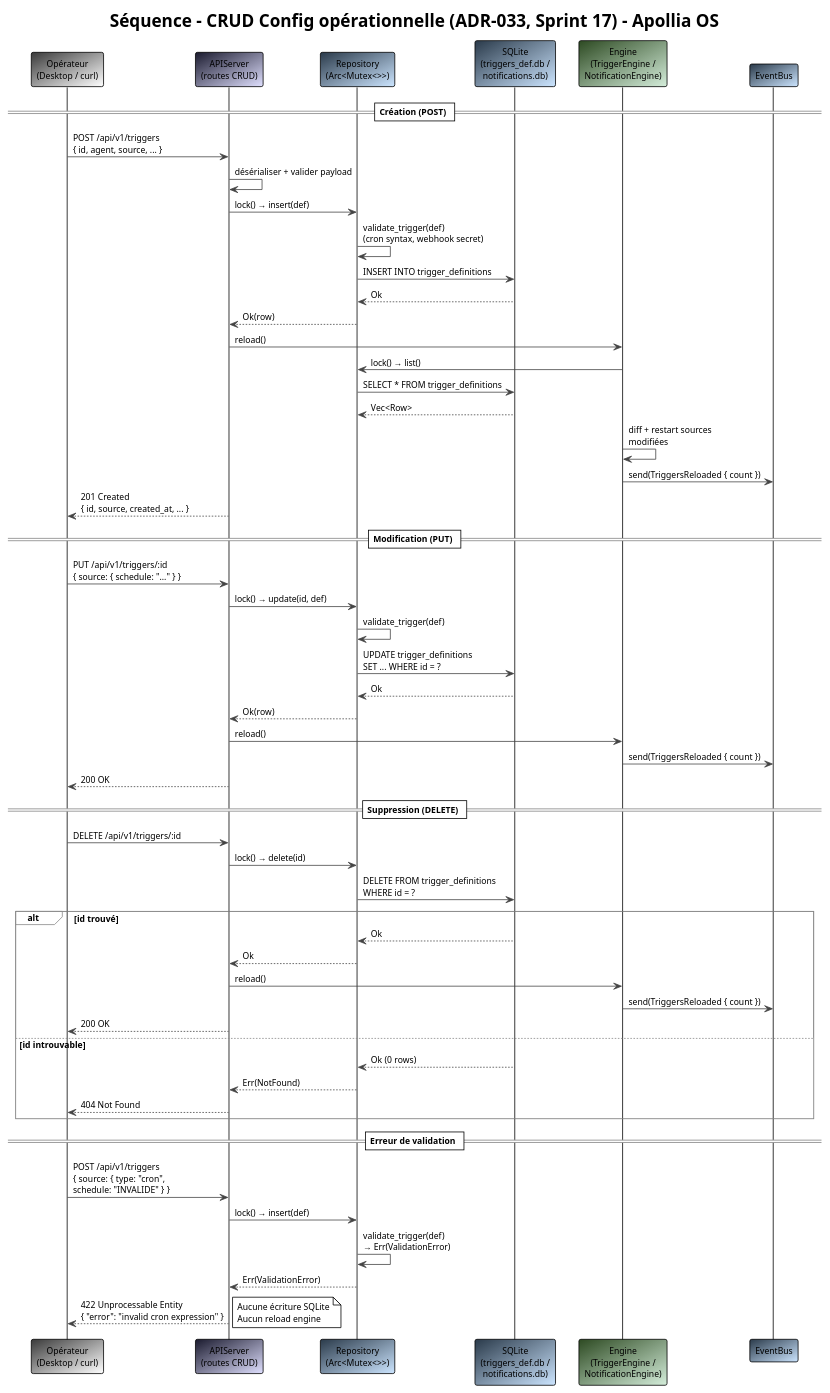
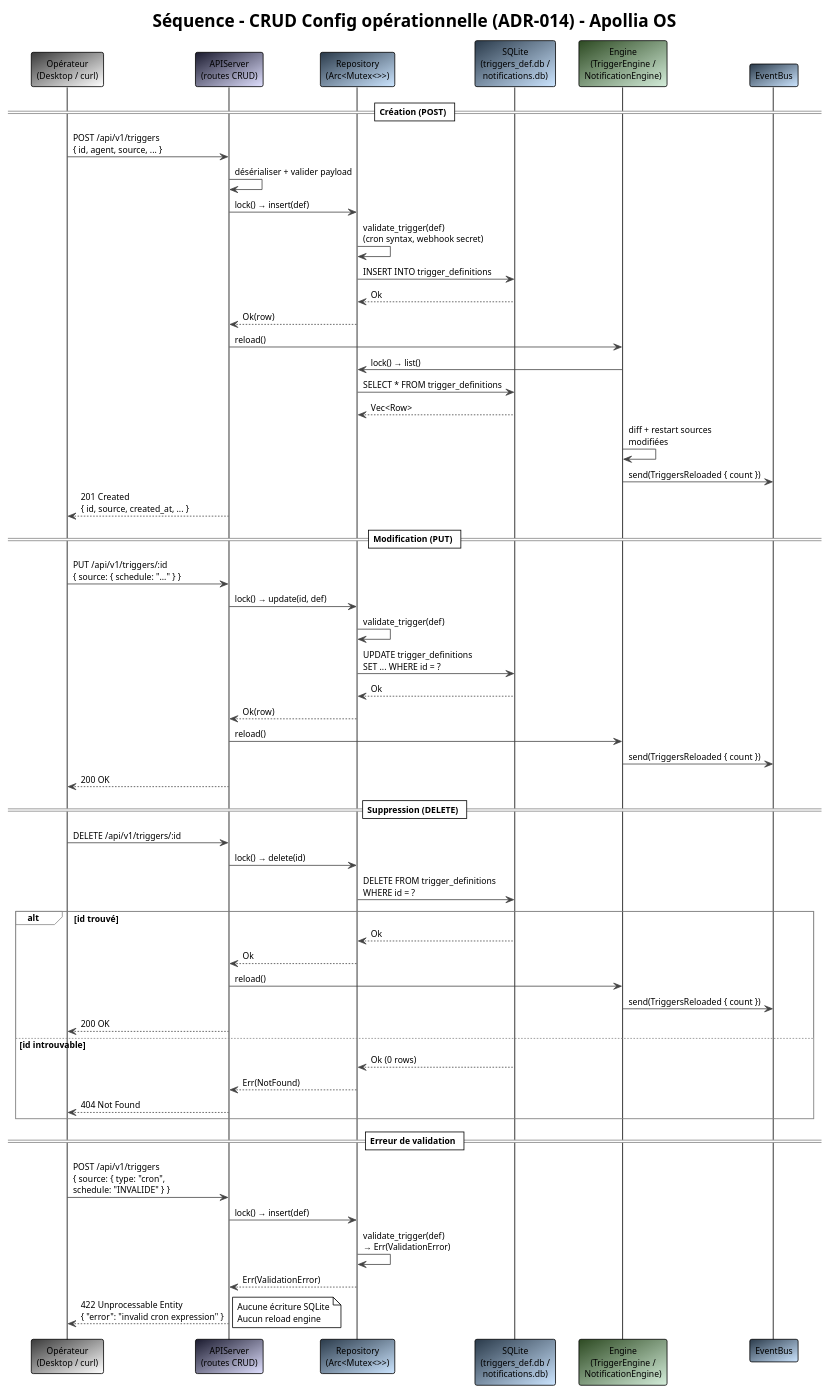
The diagram in docs/diagrams/seq-config-crud.puml (nidal-z/apollia-os), drawn with PlantUML before and after one commit. The commit also changed 266 other files, not shown here.

```diff
--- a/docs/diagrams/seq-config-crud.puml
+++ b/docs/diagrams/seq-config-crud.puml
@@ -1,74 +1,74 @@
 @startuml seq-config-crud
 !theme plain
 skinparam backgroundColor #FFFFFF
 skinparam defaultFontName "JetBrains Mono"
 skinparam defaultFontSize 11
 skinparam ArrowColor #444444
 skinparam BorderColor #444444
 skinparam SequenceGroupBorderColor #888888
 
-title Séquence - CRUD Config opérationnelle (ADR-033, Sprint 17) - Apollia OS
+title Séquence - CRUD Config opérationnelle (ADR-014) - Apollia OS
 
 participant "Opérateur\n(Desktop / curl)" as op #3a3a3a/ffffff
 participant "APIServer\n(routes CRUD)" as api #1a1a2e/e0e0ff
 participant "Repository\n(Arc<Mutex<>>)" as repo #2a3a4a/cce5ff
 participant "SQLite\n(triggers_def.db /\nnotifications.db)" as db #2a3a4a/cce5ff
 participant "Engine\n(TriggerEngine /\nNotificationEngine)" as engine #2d4a22/d4edda
 participant "EventBus" as bus #2a3a4a/cce5ff
 
 == Création (POST) ==
 
 op -> api : POST /api/v1/triggers\n{ id, agent, source, ... }
 api -> api : désérialiser + valider payload
 api -> repo : lock() → insert(def)
 repo -> repo : validate_trigger(def)\n(cron syntax, webhook secret)
 repo -> db : INSERT INTO trigger_definitions
 db --> repo : Ok
 repo --> api : Ok(row)
 api -> engine : reload()
 engine -> repo : lock() → list()
 repo -> db : SELECT * FROM trigger_definitions
 db --> repo : Vec<Row>
 engine -> engine : diff + restart sources\nmodifiées
 engine -> bus : send(TriggersReloaded { count })
 api --> op : 201 Created\n{ id, source, created_at, ... }
 
 == Modification (PUT) ==
 
 op -> api : PUT /api/v1/triggers/:id\n{ source: { schedule: "..." } }
 api -> repo : lock() → update(id, def)
 repo -> repo : validate_trigger(def)
 repo -> db : UPDATE trigger_definitions\nSET ... WHERE id = ?
 db --> repo : Ok
 repo --> api : Ok(row)
 api -> engine : reload()
 engine -> bus : send(TriggersReloaded { count })
 api --> op : 200 OK
 
 == Suppression (DELETE) ==
 
 op -> api : DELETE /api/v1/triggers/:id
 api -> repo : lock() → delete(id)
 repo -> db : DELETE FROM trigger_definitions\nWHERE id = ?
 alt id trouvé
   db --> repo : Ok
   repo --> api : Ok
   api -> engine : reload()
   engine -> bus : send(TriggersReloaded { count })
   api --> op : 200 OK
 else id introuvable
   db --> repo : Ok (0 rows)
   repo --> api : Err(NotFound)
   api --> op : 404 Not Found
 end
 
 == Erreur de validation ==
 
 op -> api : POST /api/v1/triggers\n{ source: { type: "cron",\nschedule: "INVALIDE" } }
 api -> repo : lock() → insert(def)
 repo -> repo : validate_trigger(def)\n→ Err(ValidationError)
 repo --> api : Err(ValidationError)
 api --> op : 422 Unprocessable Entity\n{ "error": "invalid cron expression" }
 note right : Aucune écriture SQLite\nAucun reload engine
 
 @enduml
```
